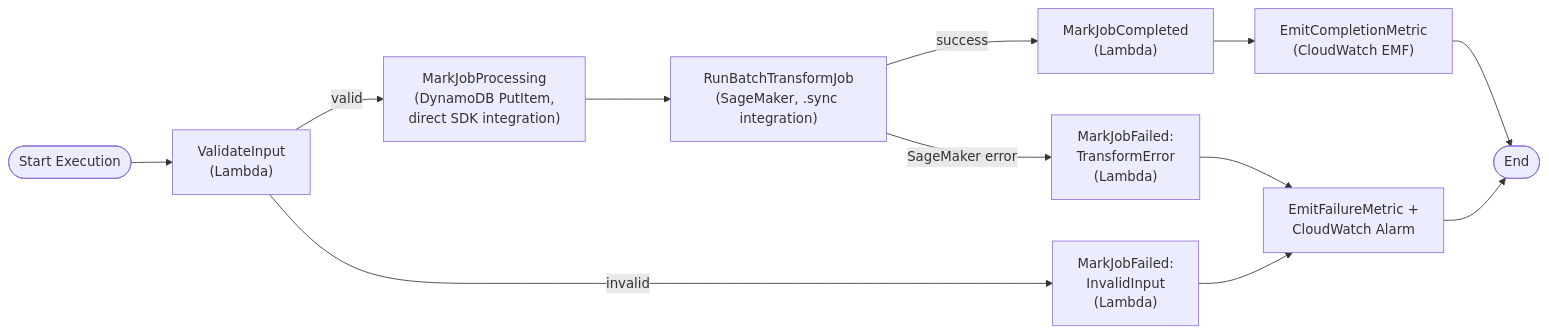
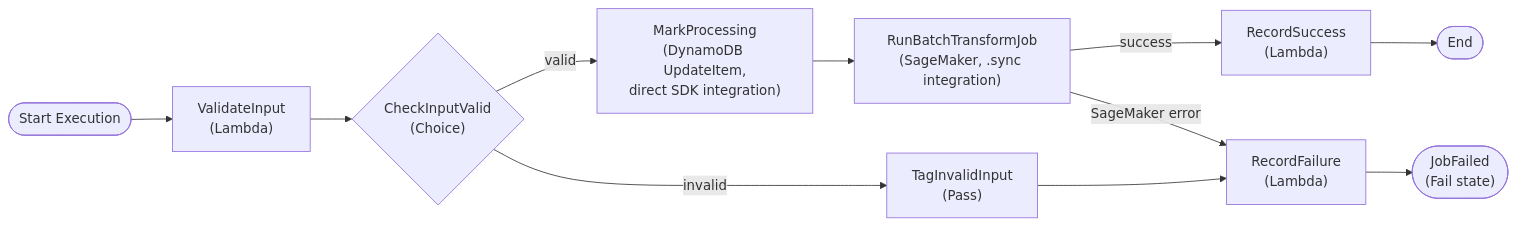
One commit to lapczyna/aws-mlops-reference-platform changed the third of 4 diagrams in docs/architecture/overview.md. Above: the diagram before and after it, drawn with Mermaid. The commit also changed other lines of this file and 22 other files, not shown here.

````diff
--- a/docs/architecture/overview.md
+++ b/docs/architecture/overview.md
@@ -108,14 +108,13 @@
 ```mermaid
 flowchart LR
     start([Start Execution]) --> validate["ValidateInput\n(Lambda)"]
-    validate -->|valid| markProcessing["MarkJobProcessing\n(DynamoDB PutItem,\ndirect SDK integration)"]
-    validate -->|invalid| failFast["MarkJobFailed:\nInvalidInput\n(Lambda)"]
+    validate --> checkValid{"CheckInputValid\n(Choice)"}
+    checkValid -->|valid| markProcessing["MarkProcessing\n(DynamoDB UpdateItem,\ndirect SDK integration)"]
+    checkValid -->|invalid| tagInvalid["TagInvalidInput\n(Pass)"]
     markProcessing --> transform["RunBatchTransformJob\n(SageMaker, .sync integration)"]
-    transform -->|success| markCompleted["MarkJobCompleted\n(Lambda)"]
-    transform -->|SageMaker error| markFailed["MarkJobFailed:\nTransformError\n(Lambda)"]
-    markCompleted --> notify["EmitCompletionMetric\n(CloudWatch EMF)"]
-    markFailed --> notifyFail["EmitFailureMetric +\nCloudWatch Alarm"]
-    failFast --> notifyFail
-    notify --> done([End])
-    notifyFail --> done
+    transform -->|success| recordSuccess["RecordSuccess\n(Lambda)"]
+    transform -->|SageMaker error| recordFailure["RecordFailure\n(Lambda)"]
+    tagInvalid --> recordFailure
+    recordSuccess --> done([End])
+    recordFailure --> jobFailed(["JobFailed\n(Fail state)"])
 ```
````
